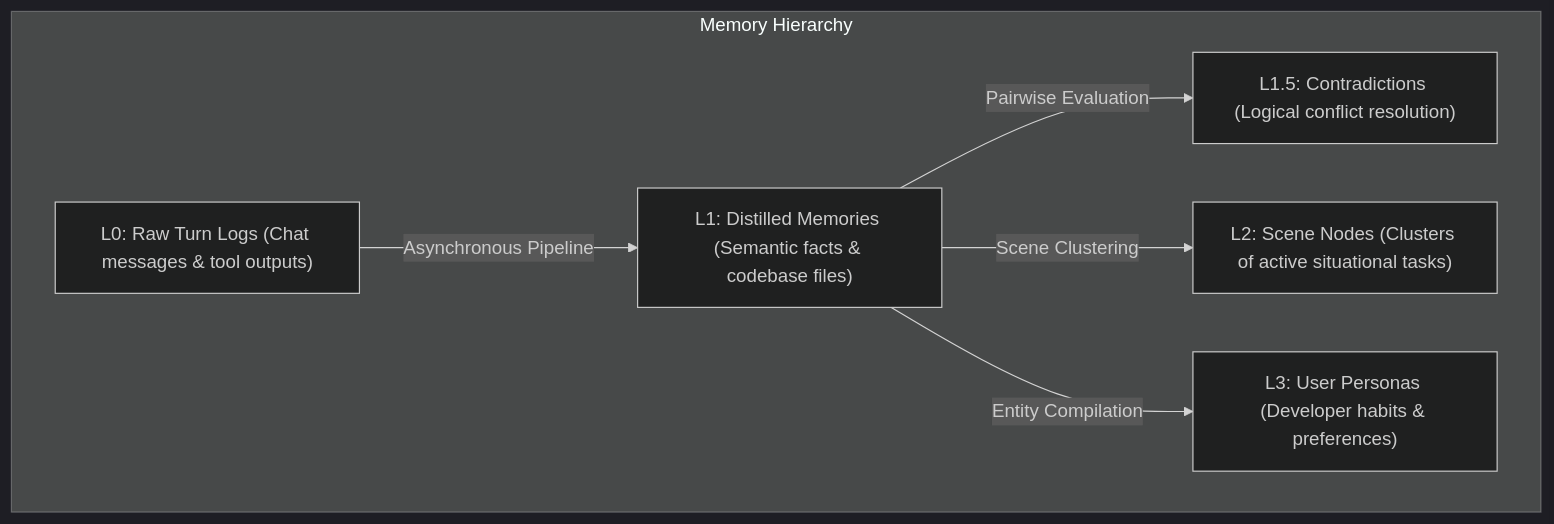
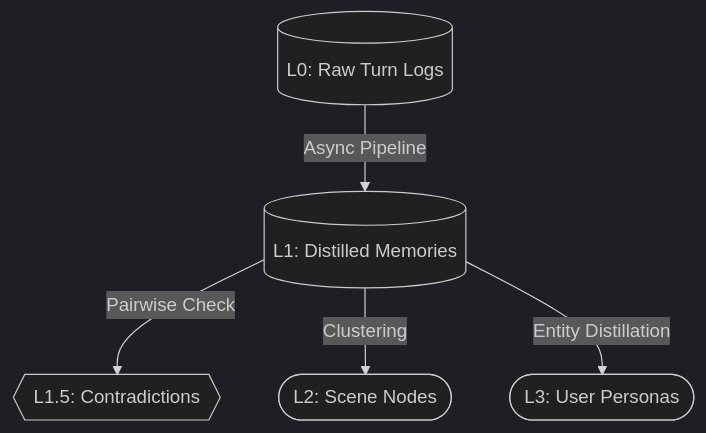
The third of 4 diagrams in PRESENTATION.md (kinqsradiollc/BrainRouter), drawn with Mermaid (dark theme) before and after one commit. The commit also changed other lines of this file and 1 other file, not shown here.

Commit message:
docs: improve mermaid graph rendering for github dark mode and responsiveness

````diff
--- a/PRESENTATION.md
+++ b/PRESENTATION.md
@@ -82,15 +82,13 @@
 ```mermaid
 graph TD
-    subgraph "Memory Hierarchy"
-        L0["L0: Raw Turn Logs (Chat messages & tool outputs)"]
-        L1["L1: Distilled Memories (Semantic facts & codebase files)"]
-        L1_5["L1.5: Contradictions (Logical conflict resolution)"]
-        L2["L2: Scene Nodes (Clusters of active situational tasks)"]
-        L3["L3: User Personas (Developer habits & preferences)"]
+    L0[(L0: Raw Turn Logs)]
+    L1[(L1: Distilled Memories)]
+    L1_5{{L1.5: Contradictions}}
+    L2([L2: Scene Nodes])
+    L3([L3: User Personas])
 
-        L0 -->|Asynchronous Pipeline| L1
-        L1 -->|Pairwise Evaluation| L1_5
-        L1 -->|Scene Clustering| L2
-        L1 -->|Entity Compilation| L3
-    end
+    L0 -->|Async Pipeline| L1
+    L1 -->|Pairwise Check| L1_5
+    L1 -->|Clustering| L2
+    L1 -->|Entity Distillation| L3
 ```
````
